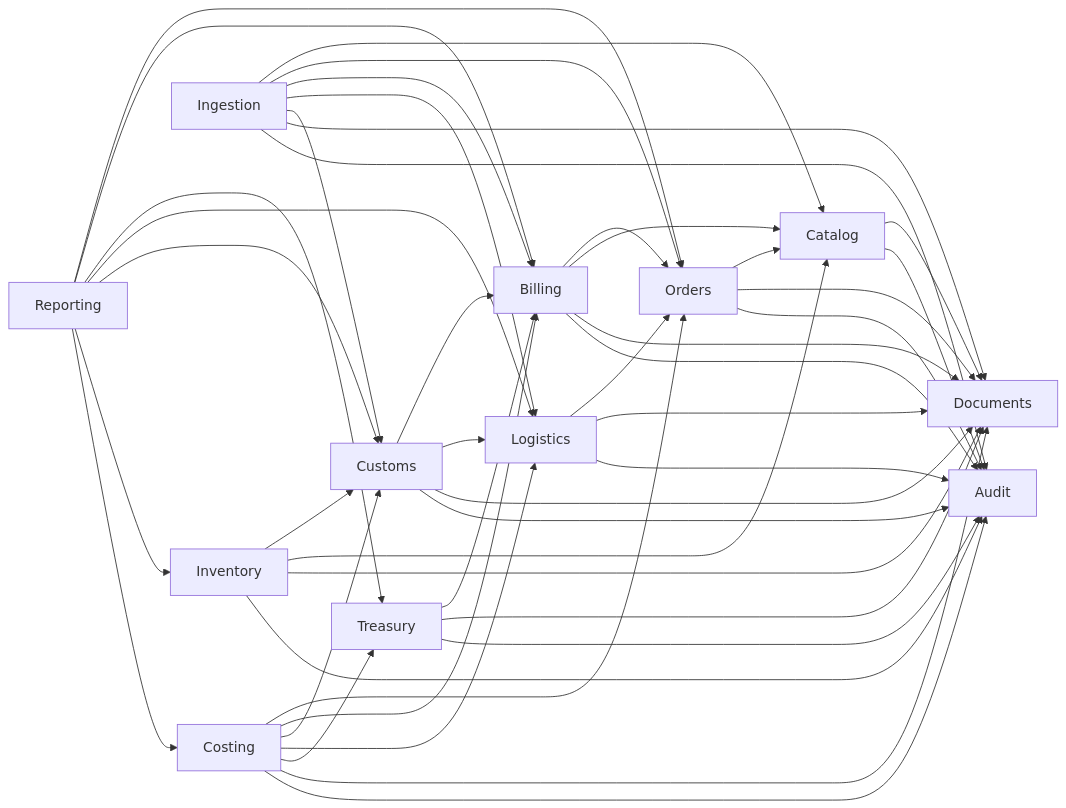
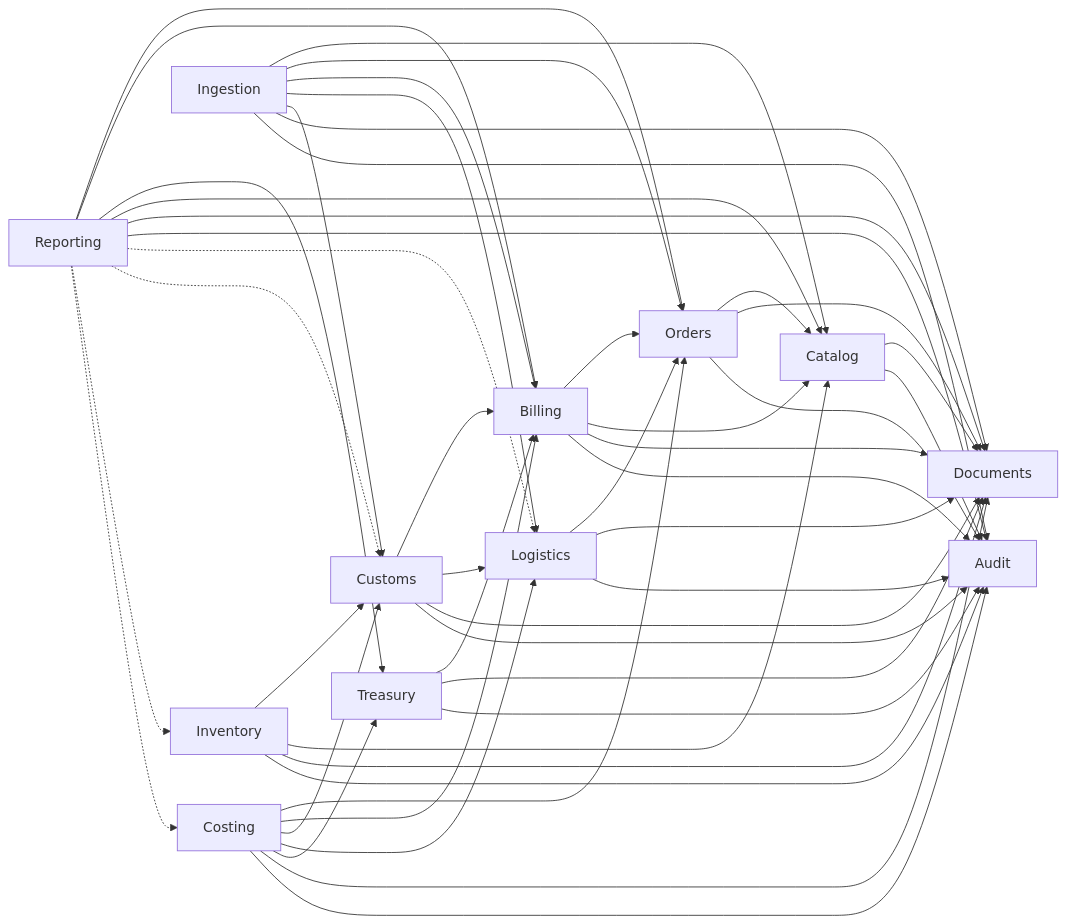
One commit to Kadorium/controle_heroes changed the diagram in docs/v2/BLUEPRINT_SISTEMA_EPIC_V2.md. Above: the diagram before and after it, drawn with Mermaid. The commit also changed other lines of this file and 246 other files, not shown here.

First line of the commit message:
Update ROADMAP and documentation for Inc-5 completion and Inc-6 planning

````diff
--- a/docs/v2/BLUEPRINT_SISTEMA_EPIC_V2.md
+++ b/docs/v2/BLUEPRINT_SISTEMA_EPIC_V2.md
@@ -516,47 +519,50 @@
 ```mermaid
 flowchart LR
   Catalog --> Documents
   Catalog --> Audit
   Orders --> Catalog
   Orders --> Documents
   Orders --> Audit
   Billing --> Orders
   Billing --> Catalog
   Billing --> Documents
   Billing --> Audit
   Treasury --> Billing
   Treasury --> Documents
   Treasury --> Audit
   Logistics --> Orders
   Logistics --> Documents
   Logistics --> Audit
   Customs --> Billing
   Customs --> Logistics
   Customs --> Documents
   Customs --> Audit
   Inventory --> Customs
   Inventory --> Catalog
   Inventory --> Documents
   Inventory --> Audit
   Costing --> Orders
   Costing --> Billing
   Costing --> Customs
   Costing --> Logistics
   Costing --> Treasury
   Costing --> Documents
   Costing --> Audit
   Ingestion --> Catalog
   Ingestion --> Orders
   Ingestion --> Billing
   Ingestion --> Logistics
   Ingestion --> Customs
   Ingestion --> Documents
   Ingestion --> Audit
   Reporting --> Orders
   Reporting --> Billing
   Reporting --> Treasury
-  Reporting --> Logistics
-  Reporting --> Customs
-  Reporting --> Inventory
-  Reporting --> Costing
+  Reporting --> Catalog
+  Reporting --> Documents
+  Reporting --> Audit
+  Reporting -.-> Logistics
+  Reporting -.-> Customs
+  Reporting -.-> Inventory
+  Reporting -.-> Costing
 ```
````
